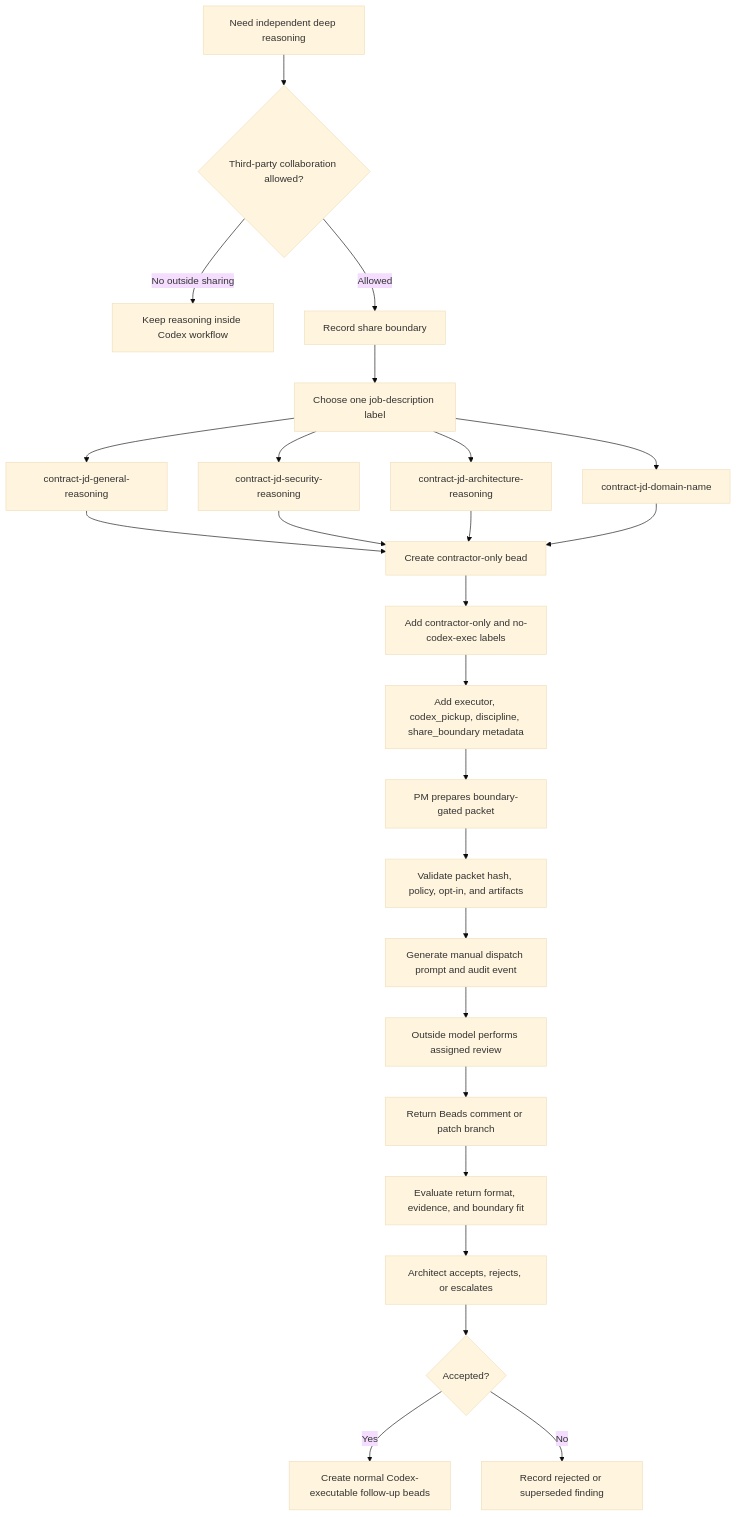
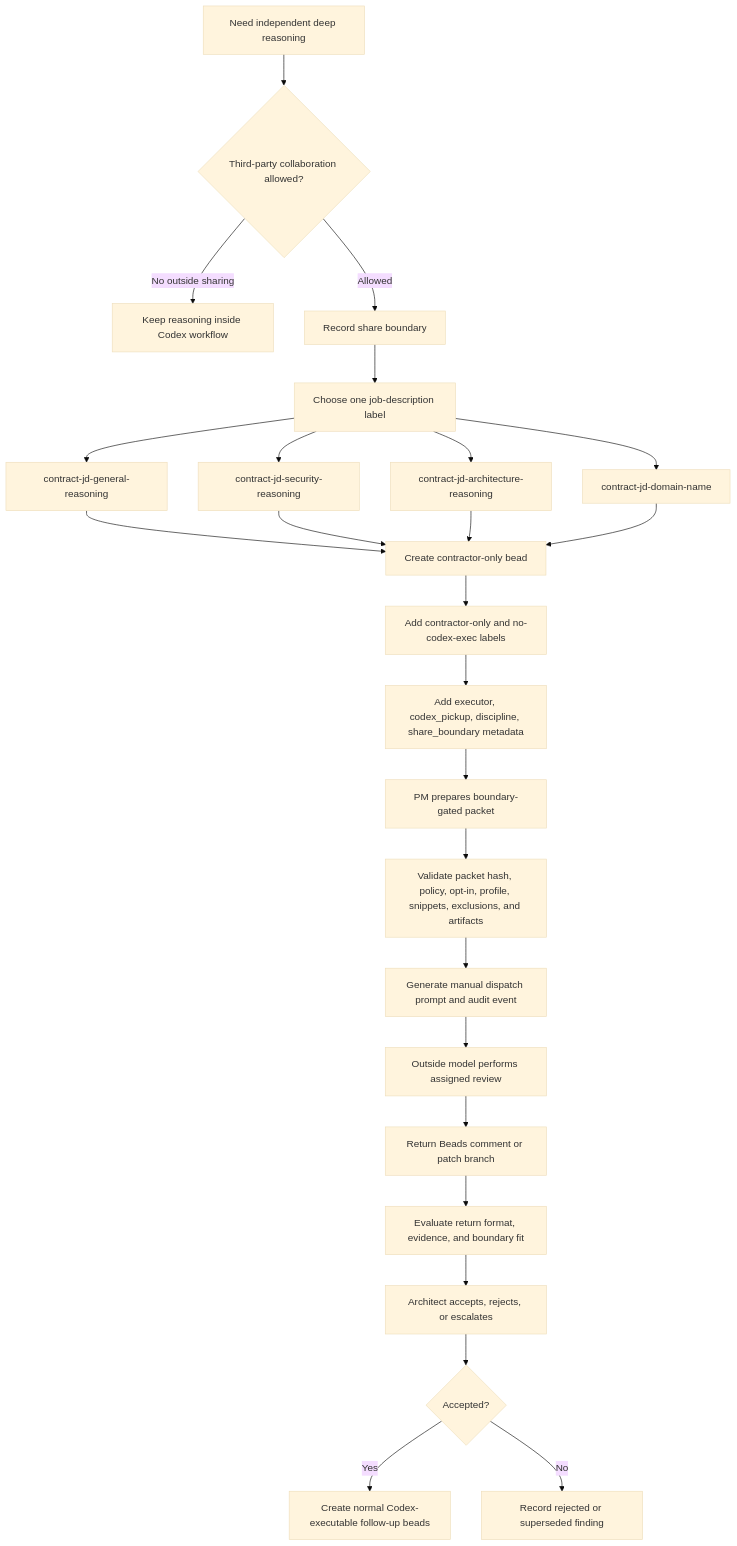
Before and after one commit to gprocunier/complex-work-orchestration: the fourth of 5 diagrams in README.md, drawn with Mermaid (base theme). The commit also changed other lines of this file and 24 other files, not shown here.

````diff
--- a/README.md
+++ b/README.md
@@ -209,30 +212,30 @@
 ```mermaid
 flowchart TD
     Need[Need independent deep reasoning] --> OptIn{Third-party collaboration allowed?}
     OptIn -->|No outside sharing| Internal[Keep reasoning inside Codex workflow]
     OptIn -->|Allowed| Boundary[Record share boundary]
 
     Boundary --> JD[Choose one job-description label]
     JD --> General[contract-jd-general-reasoning]
     JD --> Security[contract-jd-security-reasoning]
     JD --> Architecture[contract-jd-architecture-reasoning]
     JD --> Specialist[contract-jd-domain-name]
 
     General --> Create[Create contractor-only bead]
     Security --> Create
     Architecture --> Create
     Specialist --> Create
 
     Create --> Guard[Add contractor-only and no-codex-exec labels]
     Guard --> Metadata[Add executor, codex_pickup, discipline, share_boundary metadata]
     Metadata --> PMPacket[PM prepares boundary-gated packet]
-    PMPacket --> Validate[Validate packet hash, policy, opt-in, and artifacts]
+    PMPacket --> Validate[Validate packet hash, policy, opt-in, profile, snippets, exclusions, and artifacts]
     Validate --> Dispatch[Generate manual dispatch prompt and audit event]
     Dispatch --> Outside[Outside model performs assigned review]
     Outside --> Return[Return Beads comment or patch branch]
     Return --> Evaluate[Evaluate return format, evidence, and boundary fit]
     Evaluate --> Architect[Architect accepts, rejects, or escalates]
     Architect --> Accepted{Accepted?}
     Accepted -->|Yes| Followup[Create normal Codex-executable follow-up beads]
     Accepted -->|No| CloseLoop[Record rejected or superseded finding]
 ```
````
